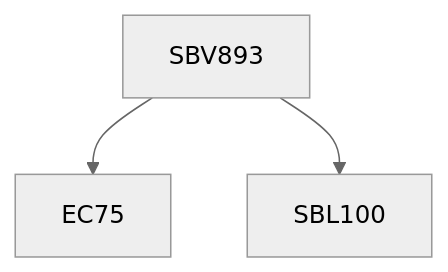
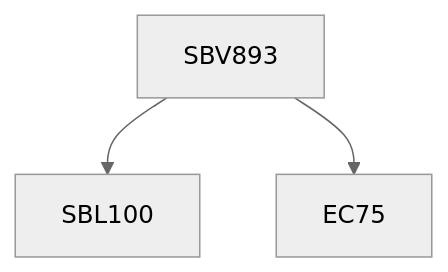
Before and after one commit to KeshavBansal0122/CoS_Website: the diagram in content/Biological Sciences/SBV893.md, drawn with Mermaid (neutral theme). The commit also changed other lines of this file and 2662 other files, not shown here.

````diff
--- a/content/Biological Sciences/SBV893.md
+++ b/content/Biological Sciences/SBV893.md
@@ -13,9 +13,9 @@
 ```mermaid
 flowchart TD
 SBV893-1550[SBV893]
+SBV893-1550 --> SBL100-1550[SBL100]
 SBV893-1550 --> EC75-1550[EC75]
-SBV893-1550 --> SBL100-1550[SBL100]
 
 classDef empty height:17px, fill:transparent, stroke:transparent;
 classDef trueEmpty height:0px, width:0px;
 ```
````
